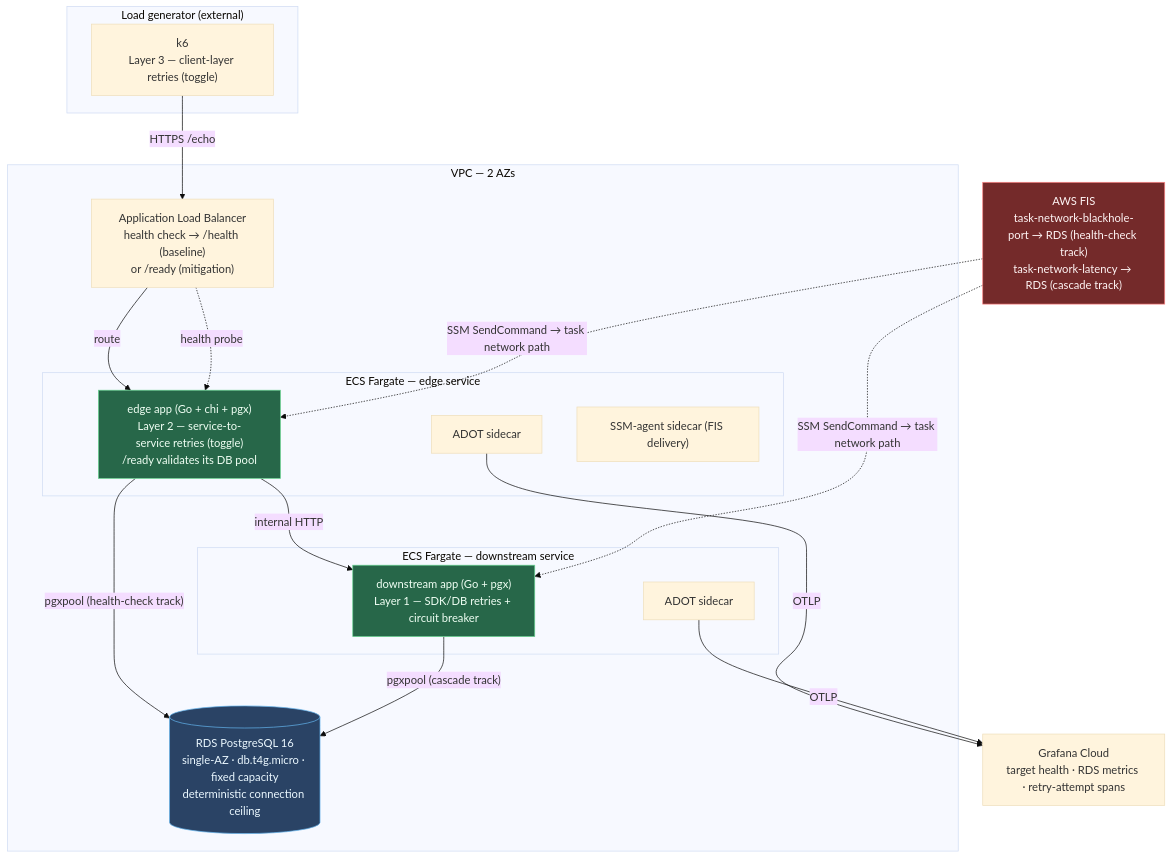
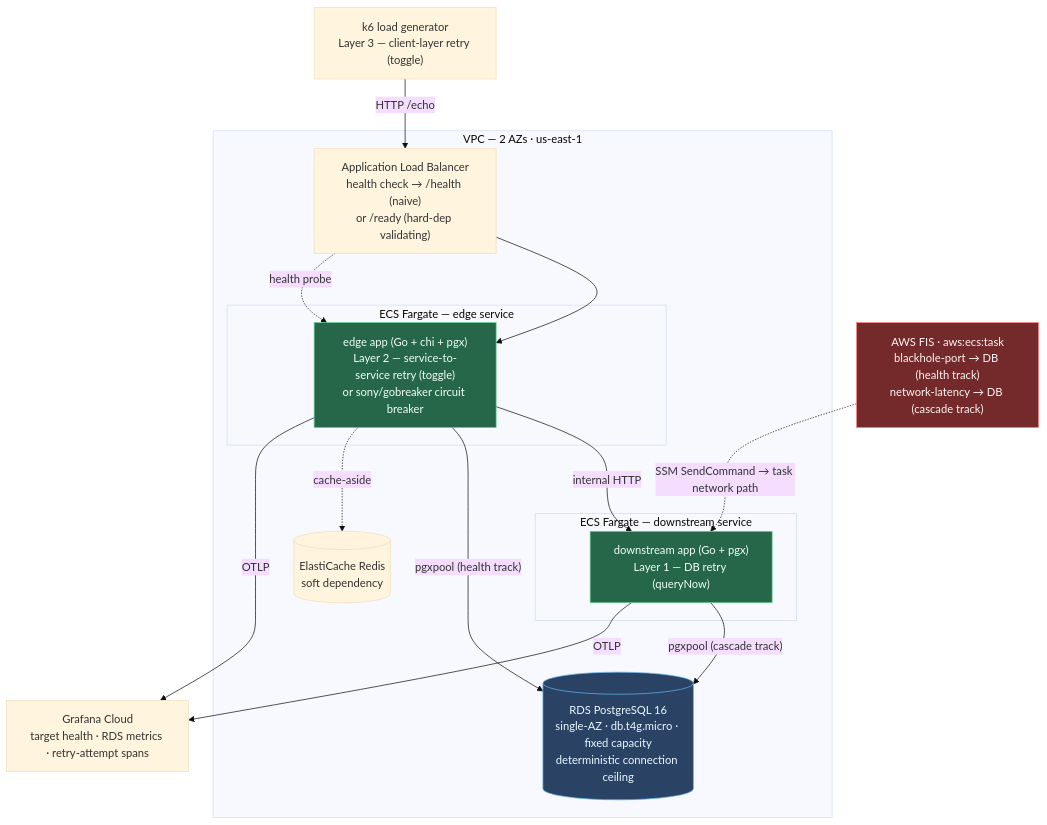
One commit to ae-lexs/cascade-resilience-atelier changed the diagram in README.md. Above: the diagram before and after it, drawn with Mermaid (base theme). The commit also changed other lines of this file, not shown here.

````diff
--- a/README.md
+++ b/README.md
@@ -51,42 +64,34 @@
 ```mermaid
 flowchart TB
-    subgraph client["Load generator (external)"]
-        K6["k6<br/>Layer 3 — client-layer retries (toggle)"]
-    end
+    K6["k6 load generator<br/>Layer 3 — client-layer retry (toggle)"]
 
-    subgraph vpc["VPC — 2 AZs"]
-        ALB["Application Load Balancer<br/>health check → /health (baseline)<br/>or /ready (mitigation)"]
+    subgraph vpc["VPC — 2 AZs · us-east-1"]
+        ALB["Application Load Balancer<br/>health check → /health (naive)<br/>or /ready (hard-dep validating)"]
 
         subgraph edge["ECS Fargate — edge service"]
-            EDGE["edge app (Go + chi + pgx)<br/>Layer 2 — service-to-service retries (toggle)<br/>/ready validates its DB pool"]
-            EADOT["ADOT sidecar"]
-            ESSM["SSM-agent sidecar (FIS delivery)"]
+            EDGE["edge app (Go + chi + pgx)<br/>Layer 2 — service-to-service retry (toggle)<br/>or sony/gobreaker circuit breaker"]
         end
-
         subgraph down["ECS Fargate — downstream service"]
-            DOWN["downstream app (Go + pgx)<br/>Layer 1 — SDK/DB retries + circuit breaker"]
-            DADOT["ADOT sidecar"]
+            DOWN["downstream app (Go + pgx)<br/>Layer 1 — DB retry (queryNow)"]
         end
-
         RDS[("RDS PostgreSQL 16<br/>single-AZ · db.t4g.micro · fixed capacity<br/>deterministic connection ceiling")]
+        CACHE[("ElastiCache Redis<br/>soft dependency")]
     end
 
     GRAF["Grafana Cloud<br/>target health · RDS metrics · retry-attempt spans"]
-    FIS["AWS FIS<br/>task-network-blackhole-port → RDS (health-check track)<br/>task-network-latency → RDS (cascade track)"]
+    FIS["AWS FIS · aws:ecs:task<br/>blackhole-port → DB (health track)<br/>network-latency → DB (cascade track)"]
 
-    K6 -->|"HTTPS /echo"| ALB
-    ALB -->|"route"| EDGE
+    K6 -->|"HTTP /echo"| ALB --> EDGE
     ALB -.->|"health probe"| EDGE
     EDGE -->|"internal HTTP"| DOWN
-    EDGE -->|"pgxpool (health-check track)"| RDS
+    EDGE -->|"pgxpool (health track)"| RDS
     DOWN -->|"pgxpool (cascade track)"| RDS
-    EADOT -->|"OTLP"| GRAF
-    DADOT -->|"OTLP"| GRAF
+    EDGE -.->|"cache-aside"| CACHE
+    EDGE & DOWN -->|"OTLP"| GRAF
     FIS -.->|"SSM SendCommand → task network path"| DOWN
-    FIS -.->|"SSM SendCommand → task network path"| EDGE
 
     style EDGE fill:#276749,stroke:#68d391,color:#f0fff4
     style DOWN fill:#276749,stroke:#68d391,color:#f0fff4
     style FIS fill:#742a2a,stroke:#fc8181,color:#fff5f5
     style RDS fill:#2a4365,stroke:#63b3ed,color:#ebf8ff
 ```
````
